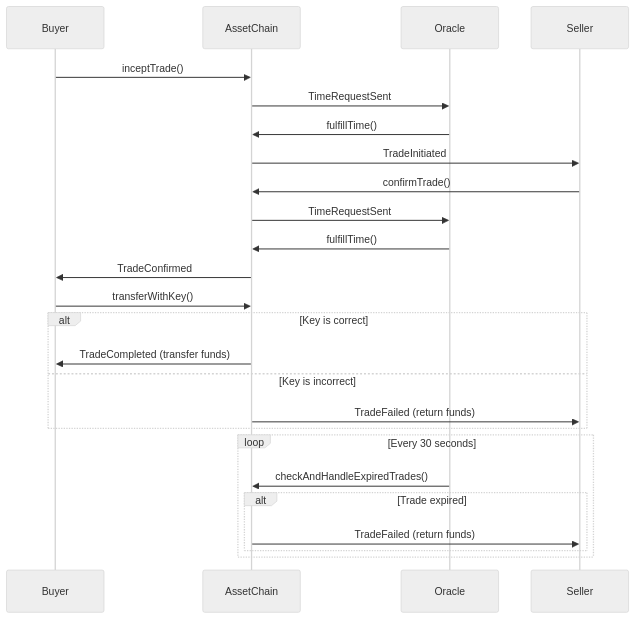
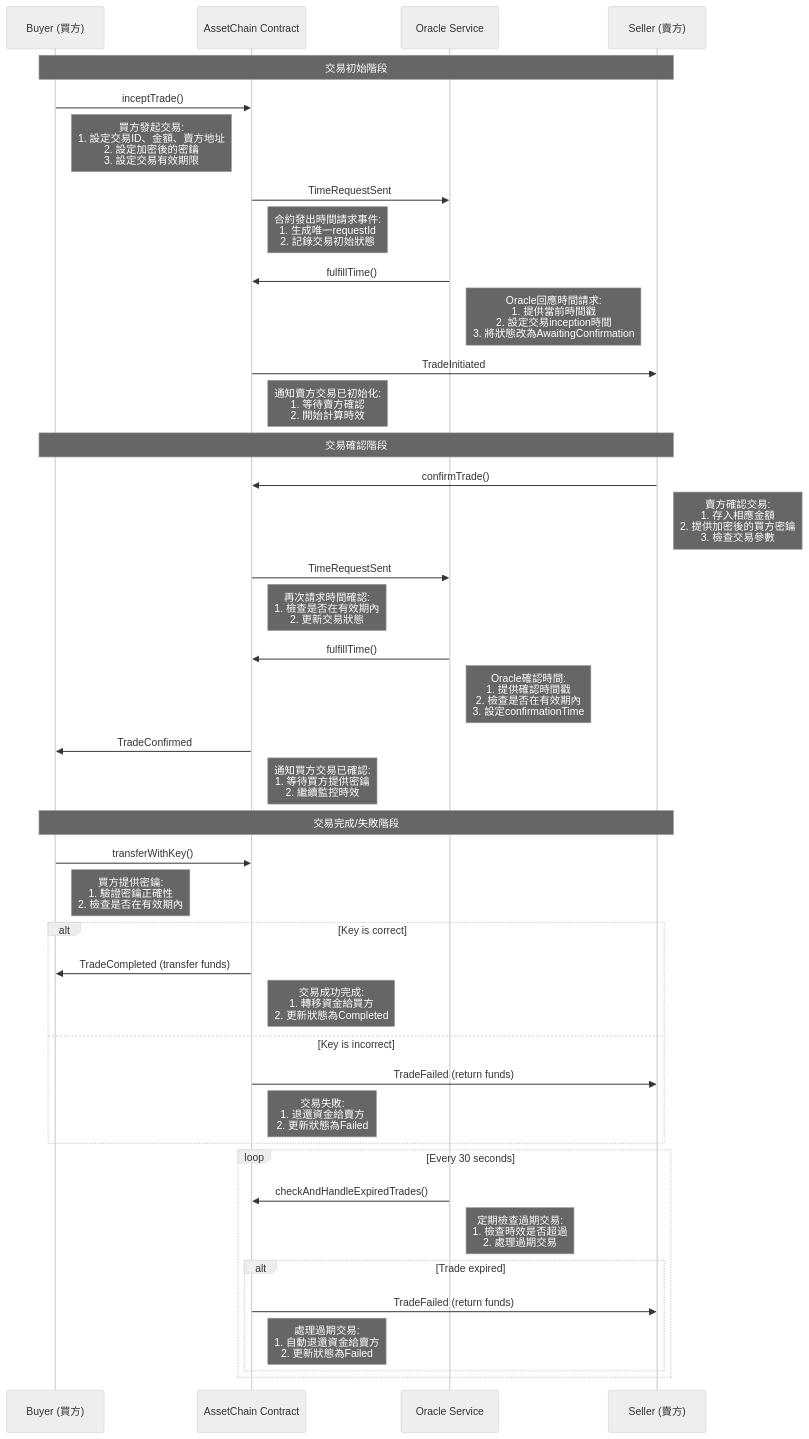
The diagram in README.md (poyang1024/Timer_oracle), drawn with Mermaid (neutral theme) before and after one commit.

Commit message:
update README.md file

````diff
--- a/README.md
+++ b/README.md
@@ -6,26 +6,54 @@
 ```mermaid
 sequenceDiagram
-Buyer->>AssetChain: inceptTrade()
-AssetChain->>Oracle: TimeRequestSent
-Oracle->>AssetChain: fulfillTime()
-AssetChain->>Seller: TradeInitiated
+    participant Buyer as Buyer (買方)
+    participant AssetChain as AssetChain Contract
+    participant Oracle as Oracle Service
+    participant Seller as Seller (賣方)
 
-Seller->>AssetChain: confirmTrade()
-AssetChain->>Oracle: TimeRequestSent
-Oracle->>AssetChain: fulfillTime()
-AssetChain->>Buyer: TradeConfirmed
+    Note over Buyer,Seller: 交易初始階段
+    Buyer->>AssetChain: inceptTrade()
+    Note right of Buyer: 買方發起交易:<br/>1. 設定交易ID、金額、賣方地址<br/>2. 設定加密後的密鑰<br/>3. 設定交易有效期限
 
-Buyer->>AssetChain: transferWithKey()
-alt Key is correct
-    AssetChain->>Buyer: TradeCompleted (transfer funds)
-else Key is incorrect
-    AssetChain->>Seller: TradeFailed (return funds)
-end
+    AssetChain->>Oracle: TimeRequestSent
+    Note right of AssetChain: 合約發出時間請求事件:<br/>1. 生成唯一requestId<br/>2. 記錄交易初始狀態
 
-loop Every 30 seconds
-    Oracle->>AssetChain: checkAndHandleExpiredTrades()
-    alt Trade expired
+    Oracle->>AssetChain: fulfillTime()
+    Note right of Oracle: Oracle回應時間請求:<br/>1. 提供當前時間戳<br/>2. 設定交易inception時間<br/>3. 將狀態改為AwaitingConfirmation
+
+    AssetChain->>Seller: TradeInitiated
+    Note right of AssetChain: 通知賣方交易已初始化:<br/>1. 等待賣方確認<br/>2. 開始計算時效
+
+    Note over Buyer,Seller: 交易確認階段
+    Seller->>AssetChain: confirmTrade()
+    Note right of Seller: 賣方確認交易:<br/>1. 存入相應金額<br/>2. 提供加密後的買方密鑰<br/>3. 檢查交易參數
+
+    AssetChain->>Oracle: TimeRequestSent
+    Note right of AssetChain: 再次請求時間確認:<br/>1. 檢查是否在有效期內<br/>2. 更新交易狀態
+
+    Oracle->>AssetChain: fulfillTime()
+    Note right of Oracle: Oracle確認時間:<br/>1. 提供確認時間戳<br/>2. 檢查是否在有效期內<br/>3. 設定confirmationTime
+
+    AssetChain->>Buyer: TradeConfirmed
+    Note right of AssetChain: 通知買方交易已確認:<br/>1. 等待買方提供密鑰<br/>2. 繼續監控時效
+
+    Note over Buyer,Seller: 交易完成/失敗階段
+    Buyer->>AssetChain: transferWithKey()
+    Note right of Buyer: 買方提供密鑰:<br/>1. 驗證密鑰正確性<br/>2. 檢查是否在有效期內
+
+    alt Key is correct
+        AssetChain->>Buyer: TradeCompleted (transfer funds)
+        Note right of AssetChain: 交易成功完成:<br/>1. 轉移資金給買方<br/>2. 更新狀態為Completed
+    else Key is incorrect
         AssetChain->>Seller: TradeFailed (return funds)
+        Note right of AssetChain: 交易失敗:<br/>1. 退還資金給賣方<br/>2. 更新狀態為Failed
     end
-end
+
+    loop Every 30 seconds
+        Oracle->>AssetChain: checkAndHandleExpiredTrades()
+        Note right of Oracle: 定期檢查過期交易:<br/>1. 檢查時效是否超過<br/>2. 處理過期交易
+        alt Trade expired
+            AssetChain->>Seller: TradeFailed (return funds)
+            Note right of AssetChain: 處理過期交易:<br/>1. 自動退還資金給賣方<br/>2. 更新狀態為Failed
+        end
+    end
 ```
````
